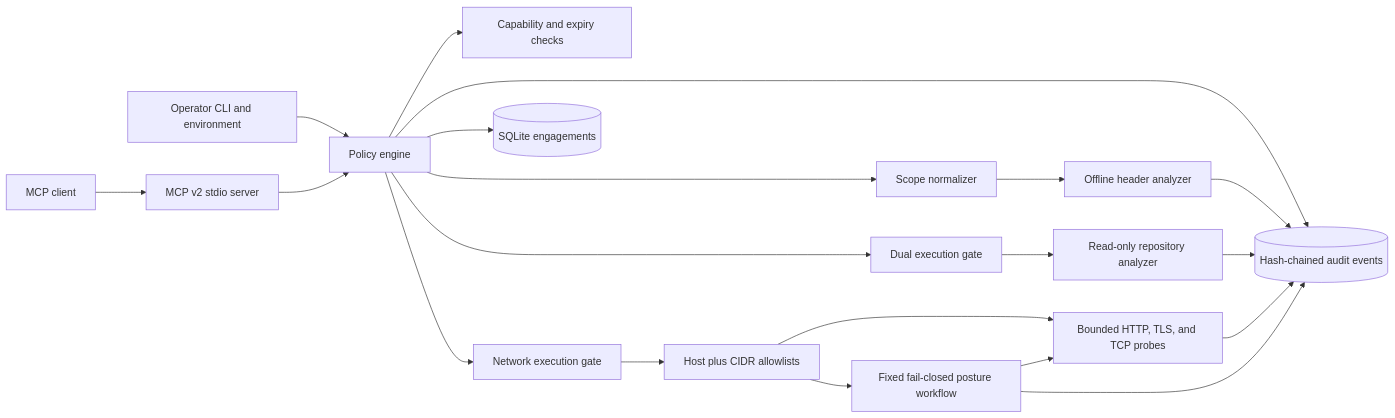
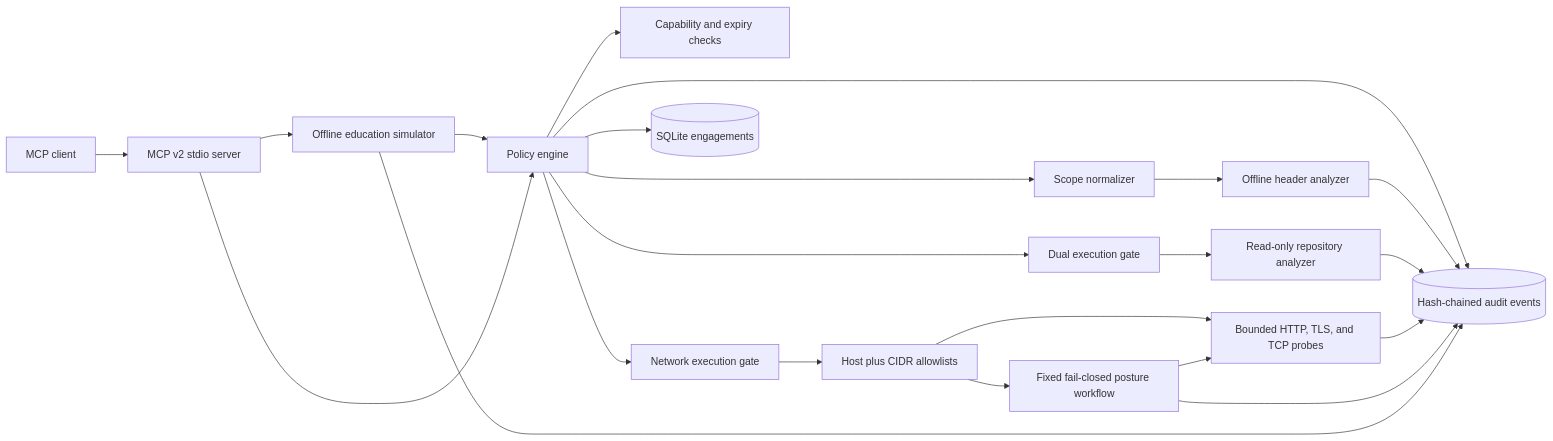
One commit to mzatylny/scopeguard-mcp changed the diagram in ARCHITECTURE.md. Above: the diagram before and after it, drawn with Mermaid. The commit also changed other lines of this file and 11 other files, not shown here.

````diff
--- a/ARCHITECTURE.md
+++ b/ARCHITECTURE.md
@@ -3,22 +3,24 @@
 ```mermaid
 flowchart LR
     A["MCP client"] --> B["MCP v2 stdio server"]
     O["Operator CLI and environment"] --> C["Policy engine"]
     B --> C
     C --> D["Scope normalizer"]
     C --> E["Capability and expiry checks"]
     C --> F["Dual execution gate"]
     C --> K["Network execution gate"]
     K --> L["Host plus CIDR allowlists"]
     L --> N["Fixed fail-closed posture workflow"]
     D --> G["Offline header analyzer"]
     F --> H["Read-only repository analyzer"]
     L --> M["Bounded HTTP, TLS, and TCP probes"]
     C --> I[("SQLite engagements")]
     C --> J[("Hash-chained audit events")]
     G --> J
     H --> J
     M --> J
     N --> M
     N --> J
+    B --> O["Offline education simulator"]
+    O --> J
 ```
````
